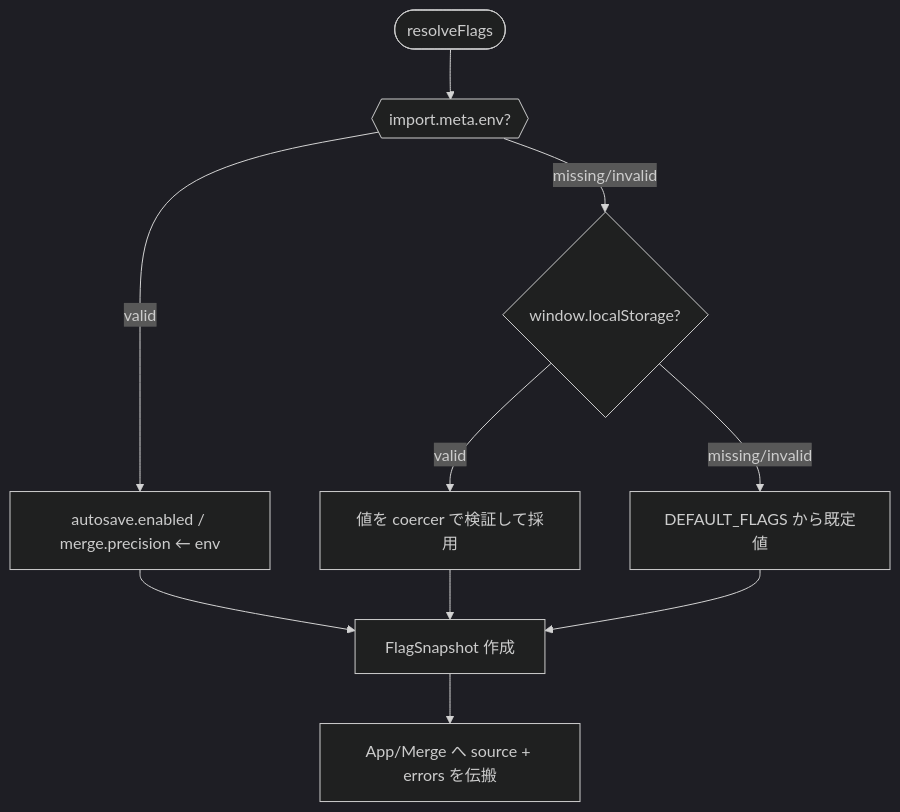
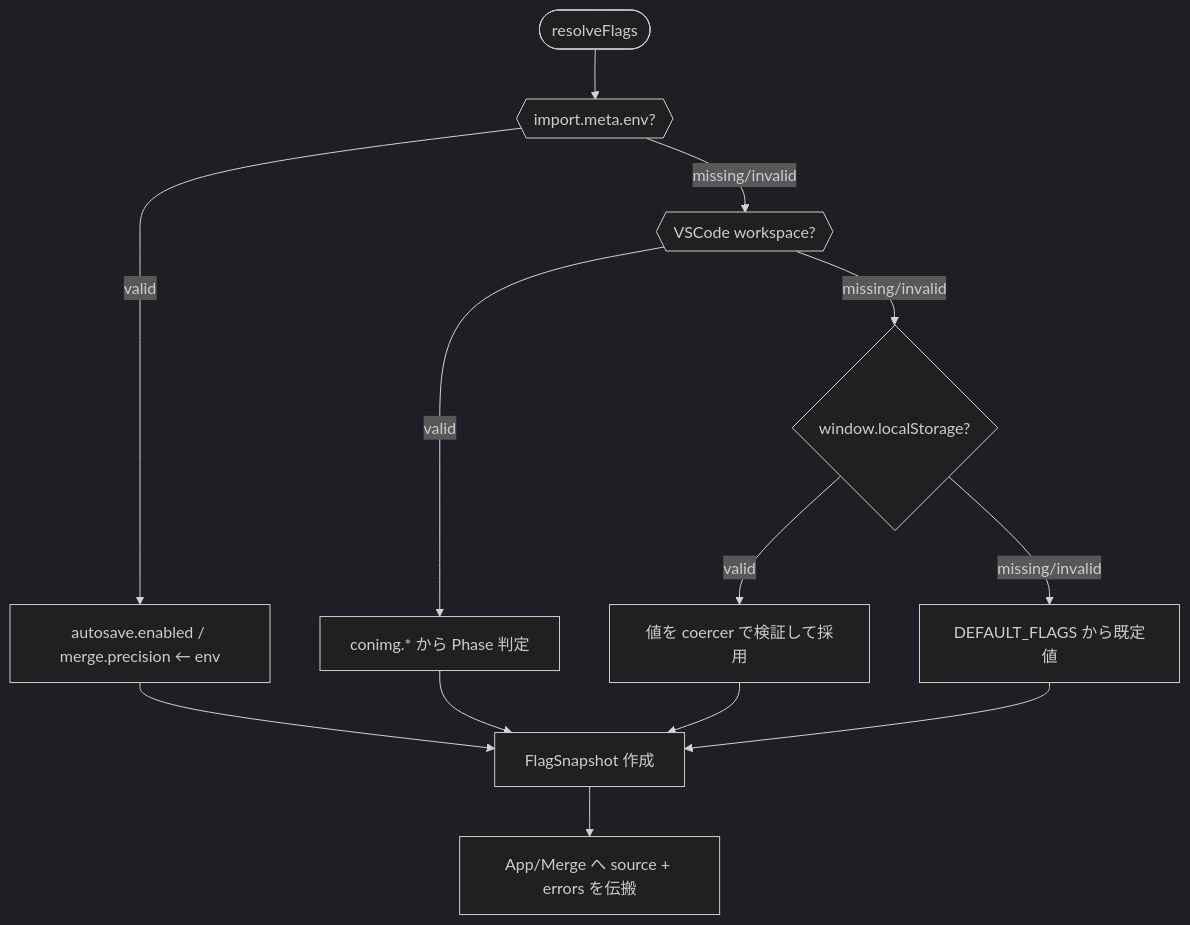
The diagram in docs/CONFIG_FLAGS.md (RNA4219/Conimgponic), drawn with Mermaid (dark theme) before and after one commit. The commit also changed other lines of this file and 2 other files, not shown here.

Commit message:
Integrate workspace settings into flag resolution

````diff
--- a/docs/CONFIG_FLAGS.md
+++ b/docs/CONFIG_FLAGS.md
@@ -85,12 +86,15 @@
 ```mermaid
 flowchart TD
     Start([resolveFlags]) --> EnvCheck{{import.meta.env?}}
     EnvCheck -- valid --> EnvHit[autosave.enabled / merge.precision ← env]
-    EnvCheck -- missing/invalid --> StorageCheck{window.localStorage?}
+    EnvCheck -- missing/invalid --> WorkspaceCheck{{VSCode workspace?}}
+    WorkspaceCheck -- valid --> WorkspaceHit[conimg.* から Phase 判定]
+    WorkspaceCheck -- missing/invalid --> StorageCheck{window.localStorage?}
     StorageCheck -- valid --> StorageHit[値を coercer で検証して採用]
     StorageCheck -- missing/invalid --> DefaultHit[DEFAULT_FLAGS から既定値]
     EnvHit --> Snapshot[FlagSnapshot 作成]
+    WorkspaceHit --> Snapshot
     StorageHit --> Snapshot
     DefaultHit --> Snapshot
     Snapshot --> Telemetry[App/Merge へ source + errors を伝搬]
 ```
````
